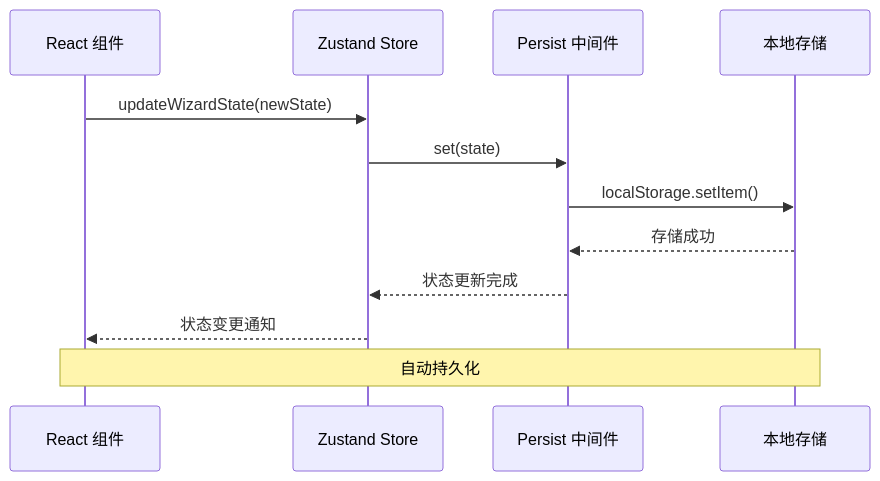
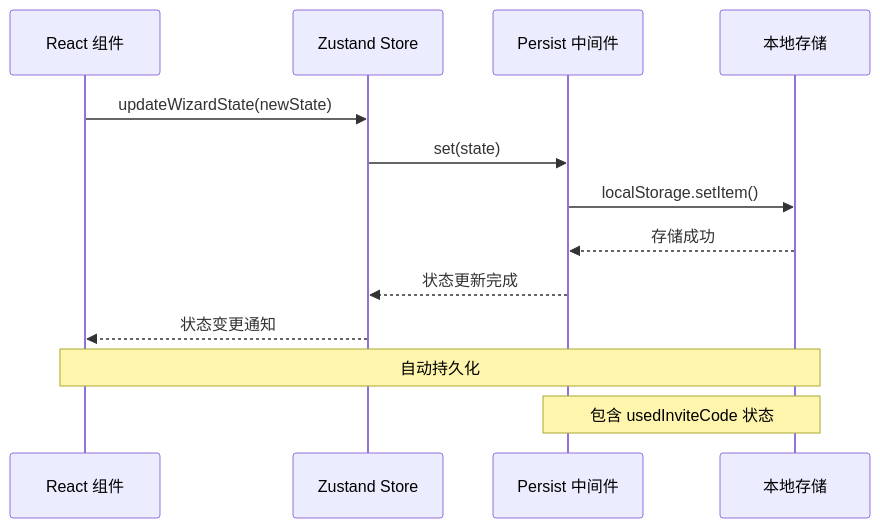
Before and after one commit to verse-ai-org/openclaw: the third of 11 diagrams in .qoder/repowiki/zh/content/设置向导状态管理.md, drawn with Mermaid. The commit also changed other lines of this file and 31 other files, not shown here.

````diff
--- a/.qoder/repowiki/zh/content/设置向导状态管理.md
+++ b/.qoder/repowiki/zh/content/设置向导状态管理.md
@@ -146,14 +153,15 @@
 ```mermaid
 sequenceDiagram
 participant Component as React 组件
 participant Store as Zustand Store
 participant Middleware as Persist 中间件
 participant Storage as 本地存储
 Component->>Store : updateWizardState(newState)
 Store->>Middleware : set(state)
 Middleware->>Storage : localStorage.setItem()
 Storage-->>Middleware : 存储成功
 Middleware-->>Store : 状态更新完成
 Store-->>Component : 状态变更通知
 Note over Component,Storage : 自动持久化
+Note over Middleware,Storage : 包含 usedInviteCode 状态
 ```
````
